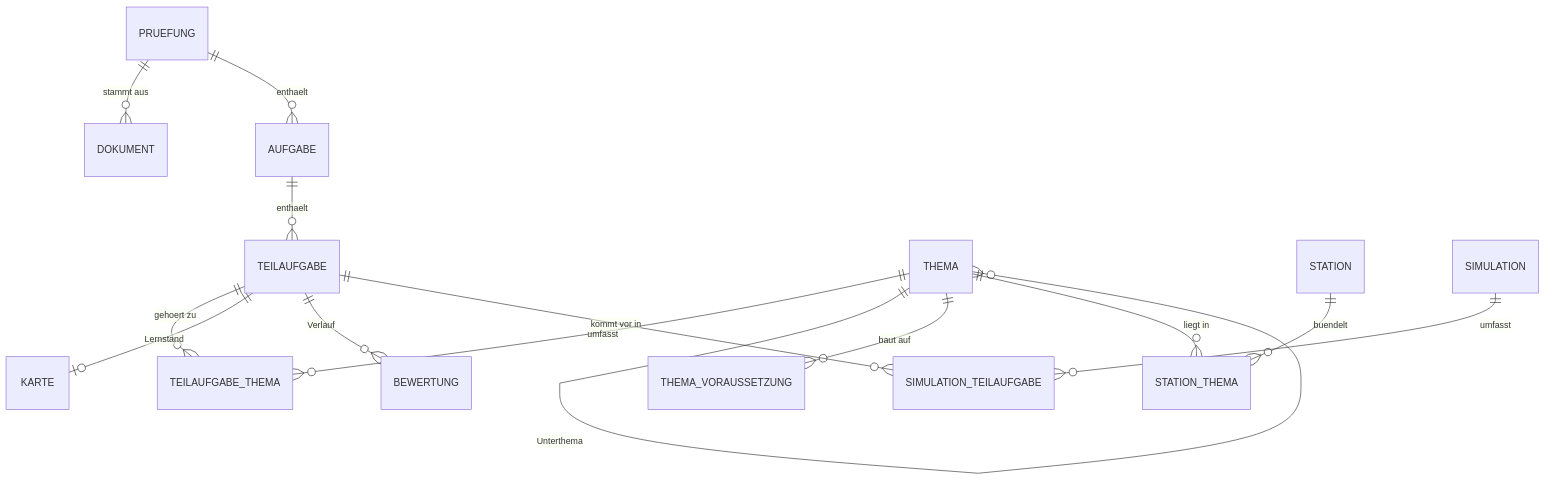
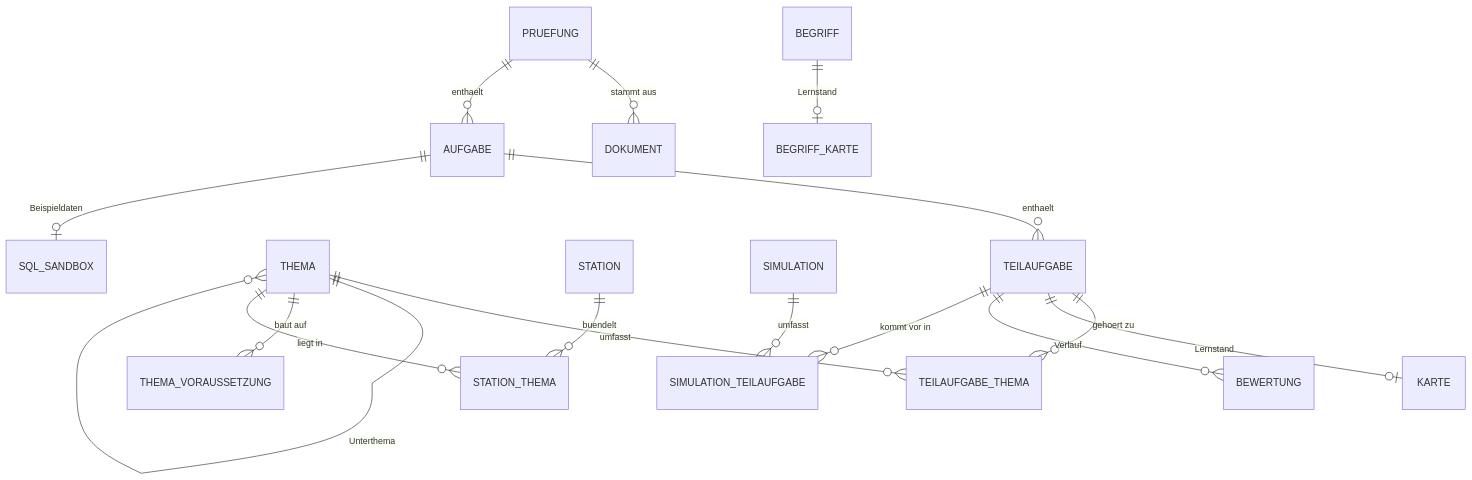
The second of 2 diagrams in docs/ARCHITEKTUR.md (00quasr/Saku), drawn with Mermaid before and after one commit. The commit also changed other lines of this file, not shown here.

First line of the commit message:
Architektur: neue Module (rechnen mit Arten-Registry und Seeds, sql, stichpunkte, lernstand, fahrplan, rueckblick), alle Routen, Pipeline 1–12 mit sandbox, Migrationen in Transaktionen, CSRF

````diff
--- a/docs/ARCHITEKTUR.md
+++ b/docs/ARCHITEKTUR.md
@@ -203,16 +220,18 @@
 ```mermaid
 erDiagram
     PRUEFUNG ||--o{ DOKUMENT : "stammt aus"
     PRUEFUNG ||--o{ AUFGABE : enthaelt
     AUFGABE ||--o{ TEILAUFGABE : enthaelt
     TEILAUFGABE ||--o{ TEILAUFGABE_THEMA : "gehoert zu"
     THEMA ||--o{ TEILAUFGABE_THEMA : umfasst
     THEMA ||--o{ THEMA : Unterthema
     THEMA ||--o{ THEMA_VORAUSSETZUNG : "baut auf"
     STATION ||--o{ STATION_THEMA : buendelt
     THEMA ||--o{ STATION_THEMA : "liegt in"
     TEILAUFGABE ||--o| KARTE : Lernstand
     TEILAUFGABE ||--o{ BEWERTUNG : Verlauf
     SIMULATION ||--o{ SIMULATION_TEILAUFGABE : umfasst
     TEILAUFGABE ||--o{ SIMULATION_TEILAUFGABE : "kommt vor in"
+    AUFGABE ||--o| SQL_SANDBOX : "Beispieldaten"
+    BEGRIFF ||--o| BEGRIFF_KARTE : Lernstand
 ```
````
